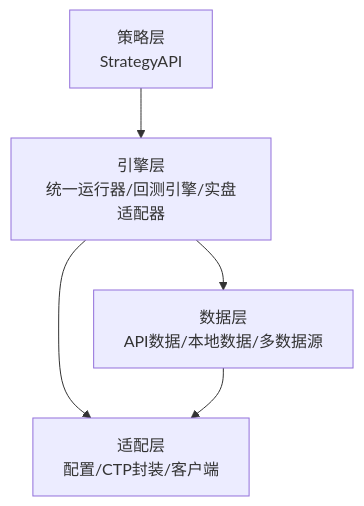
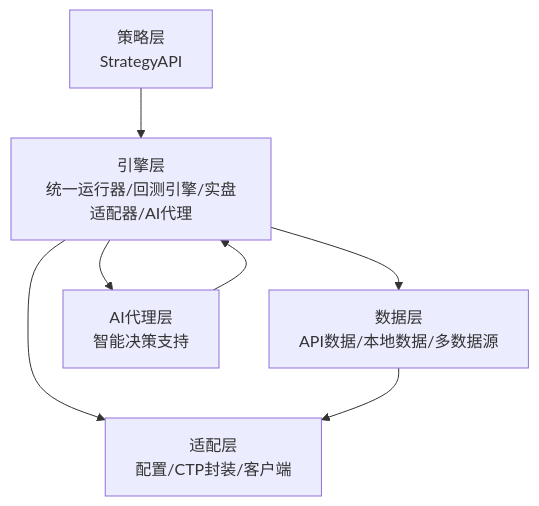
One commit to maxtwoon/ssquant changed the second of 9 diagrams in .qoder/repowiki/zh/content/项目概述/项目结构.md. Above: the diagram before and after it, drawn with Mermaid. The commit also changed other lines of this file and 21 other files, not shown here.

````diff
--- a/.qoder/repowiki/zh/content/项目概述/项目结构.md
+++ b/.qoder/repowiki/zh/content/项目概述/项目结构.md
@@ -129,11 +156,14 @@
 ```mermaid
 graph TB
 Strategy["策略层<br/>StrategyAPI"]
-Engine["引擎层<br/>统一运行器/回测引擎/实盘适配器"]
+Engine["引擎层<br/>统一运行器/回测引擎/实盘适配器/AI代理"]
 Data["数据层<br/>API数据/本地数据/多数据源"]
 Adapter["适配层<br/>配置/CTP封装/客户端"]
+AI["AI代理层<br/>智能决策支持"]
 Strategy --> Engine
 Engine --> Data
 Engine --> Adapter
+Engine --> AI
 Data --> Adapter
+AI --> Engine
 ```
````
